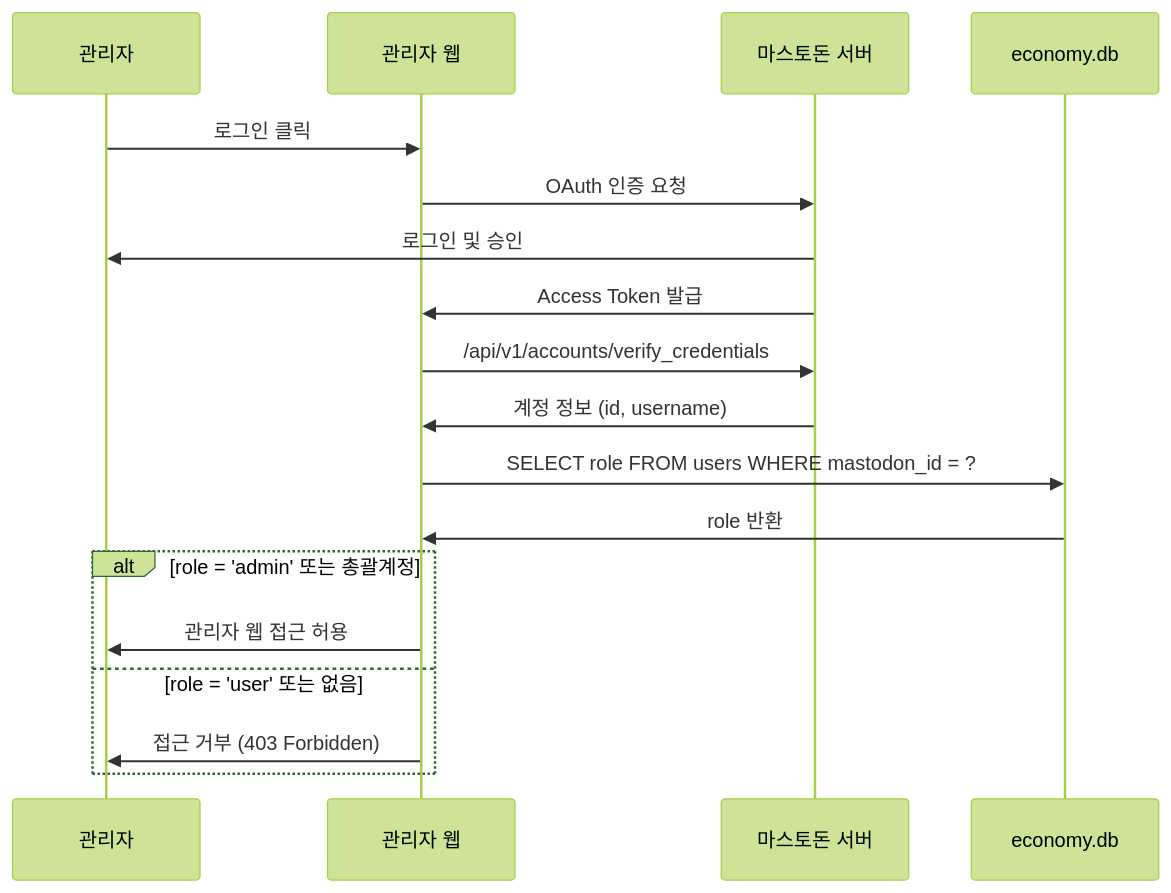
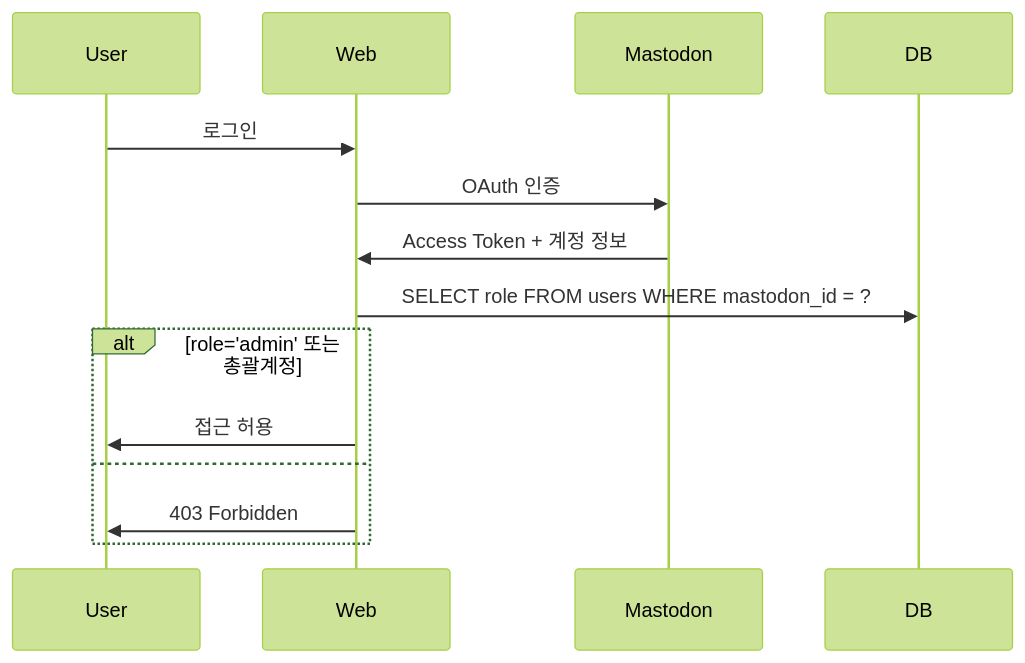
The diagram in docs/admin_oauth.md (NinoNinoNinoling/commumanager), drawn with Mermaid (forest theme) before and after one commit. The commit also changed other lines of this file and 2 other files, not shown here.

````diff
--- a/docs/admin_oauth.md
+++ b/docs/admin_oauth.md
@@ -11,23 +10,12 @@
 ```mermaid
 sequenceDiagram
-    participant User as 관리자
-    participant Web as 관리자 웹
-    participant Mastodon as 마스토돈 서버
-    participant DB as economy.db
-
-    User->>Web: 로그인 클릭
-    Web->>Mastodon: OAuth 인증 요청
-    Mastodon->>User: 로그인 및 승인
-    Mastodon->>Web: Access Token 발급
-    Web->>Mastodon: /api/v1/accounts/verify_credentials
-    Mastodon->>Web: 계정 정보 (id, username)
-
+    User->>Web: 로그인
+    Web->>Mastodon: OAuth 인증
+    Mastodon->>Web: Access Token + 계정 정보
     Web->>DB: SELECT role FROM users WHERE mastodon_id = ?
-    DB->>Web: role 반환
-
-    alt role = 'admin' 또는 총괄계정
-        Web->>User: 관리자 웹 접근 허용
-    else role = 'user' 또는 없음
-        Web->>User: 접근 거부 (403 Forbidden)
+    alt role='admin' 또는 총괄계정
+        Web->>User: 접근 허용
+    else
+        Web->>User: 403 Forbidden
     end
 ```
````
